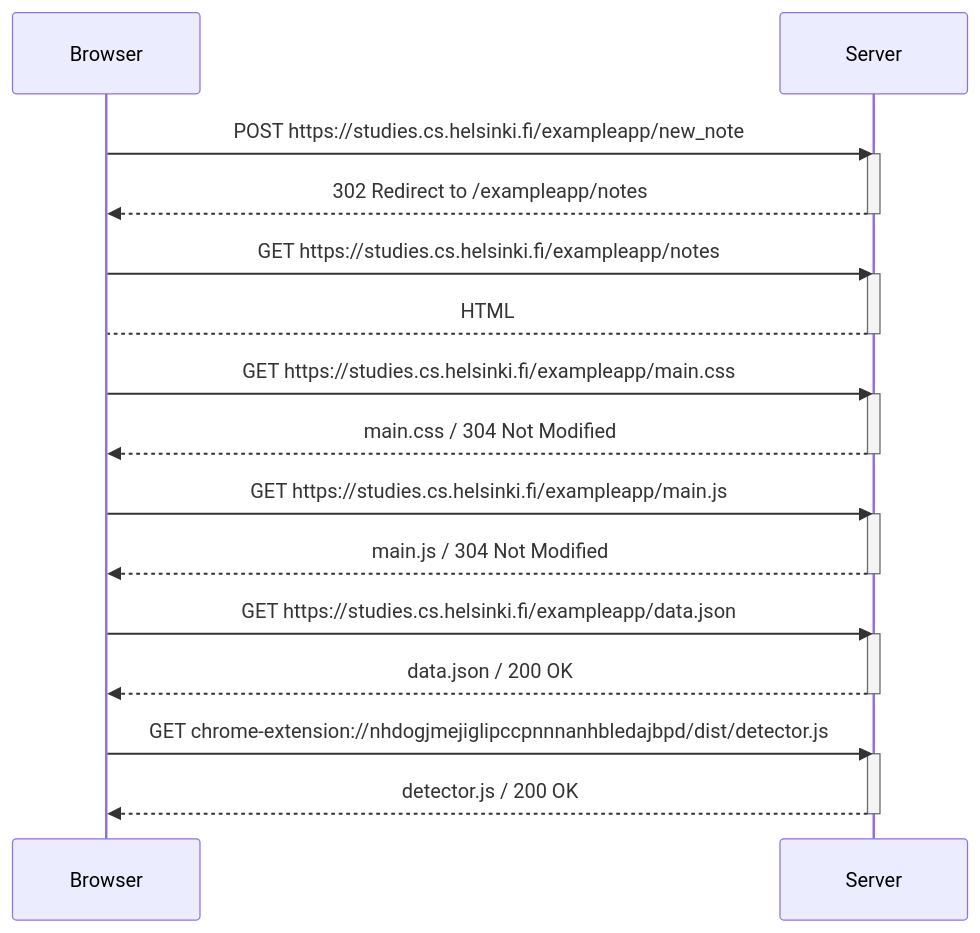
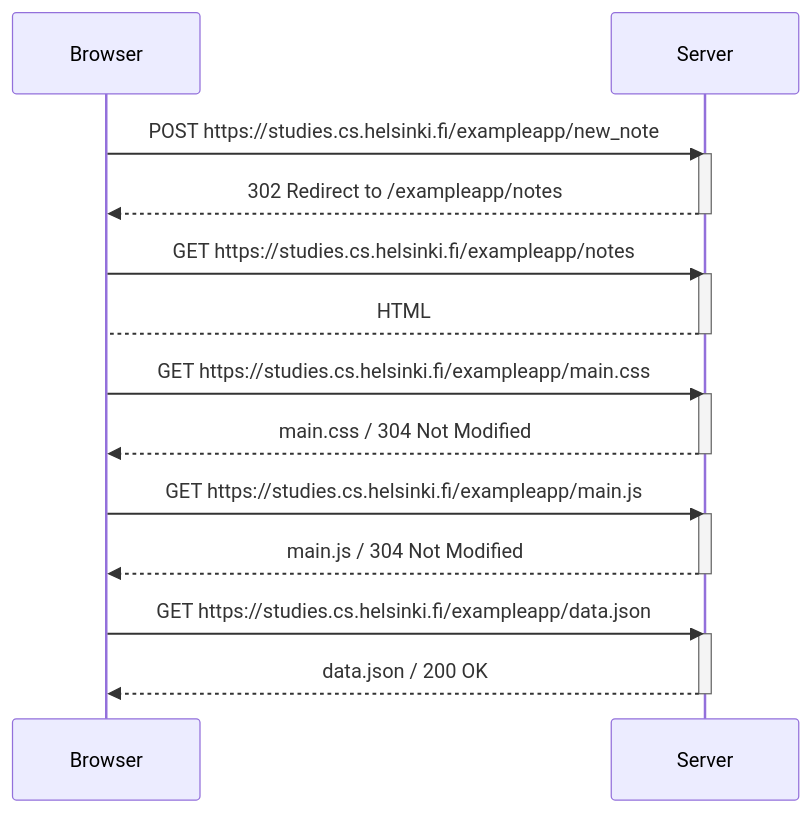
One commit to herrera-d/fullstack-open changed the diagram in 0.4/index.md. Above: the diagram before and after it, drawn with Mermaid. The commit also changed other lines of this file and 1 other file, not shown here.

Commit message:
update 0.4 and add 0.5 diagran for documentin SPA app

````diff
--- a/0.4/index.md
+++ b/0.4/index.md
@@ -6,42 +6,38 @@
 ```mermaid
 
   sequenceDiagram
   participant Browser
   participant Server
 
 Browser->>Server: POST https://studies.cs.helsinki.fi/exampleapp/new_note
 activate Server
     Server-->>Browser: 302 Redirect to /exampleapp/notes
 deactivate Server
 
 
 Browser->>Server: GET https://studies.cs.helsinki.fi/exampleapp/notes
 activate Server
     Server-->Browser: HTML
 deactivate Server
 
 Browser->>Server: GET https://studies.cs.helsinki.fi/exampleapp/main.css
 activate Server
     Server-->>Browser: main.css / 304 Not Modified
 deactivate Server
 
 
 Browser->>Server: GET https://studies.cs.helsinki.fi/exampleapp/main.js
 activate Server
     Server-->>Browser: main.js / 304 Not Modified
 deactivate Server
 
 
 Browser->>Server: GET https://studies.cs.helsinki.fi/exampleapp/data.json
 activate Server
     Server-->>Browser: data.json / 200 OK
 deactivate Server
 
-Browser->>Server: GET chrome-extension://nhdogjmejiglipccpnnnanhbledajbpd/dist/detector.js
-activate Server
-    Server-->>Browser: detector.js / 200 OK
-deactivate Server
 
 
 
 ```
````
